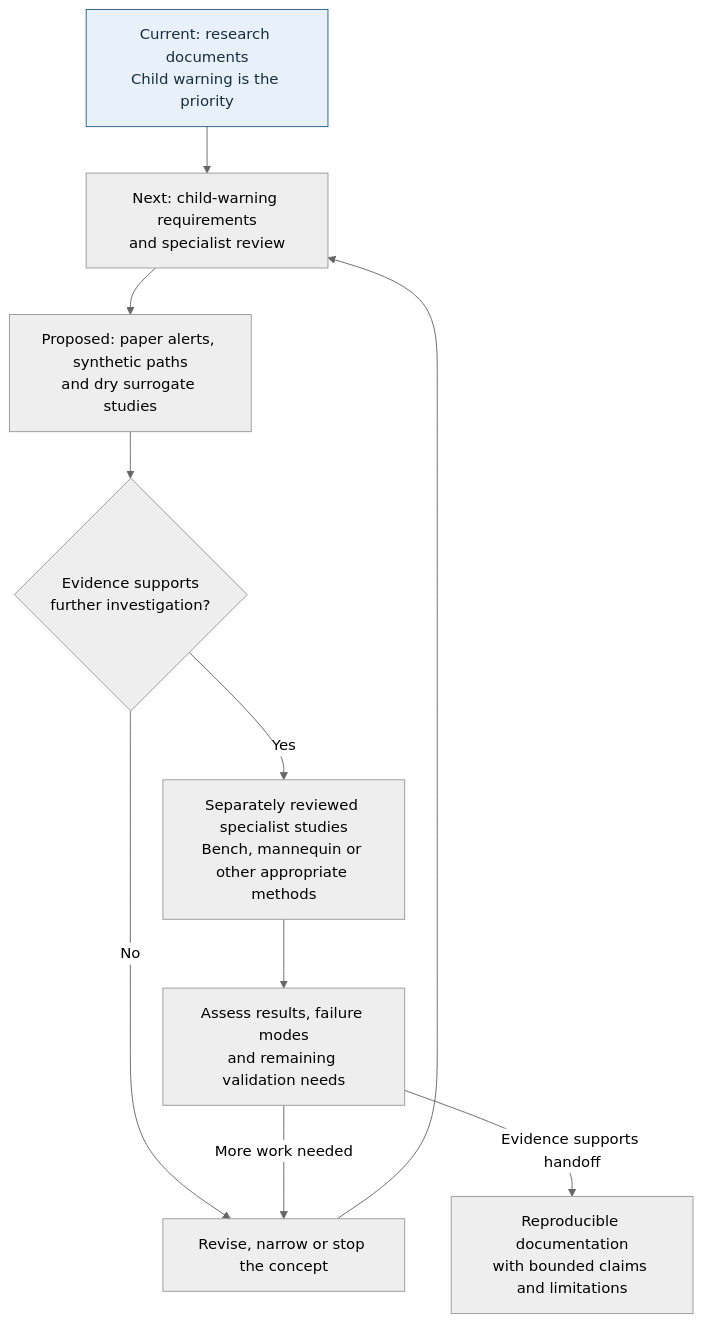
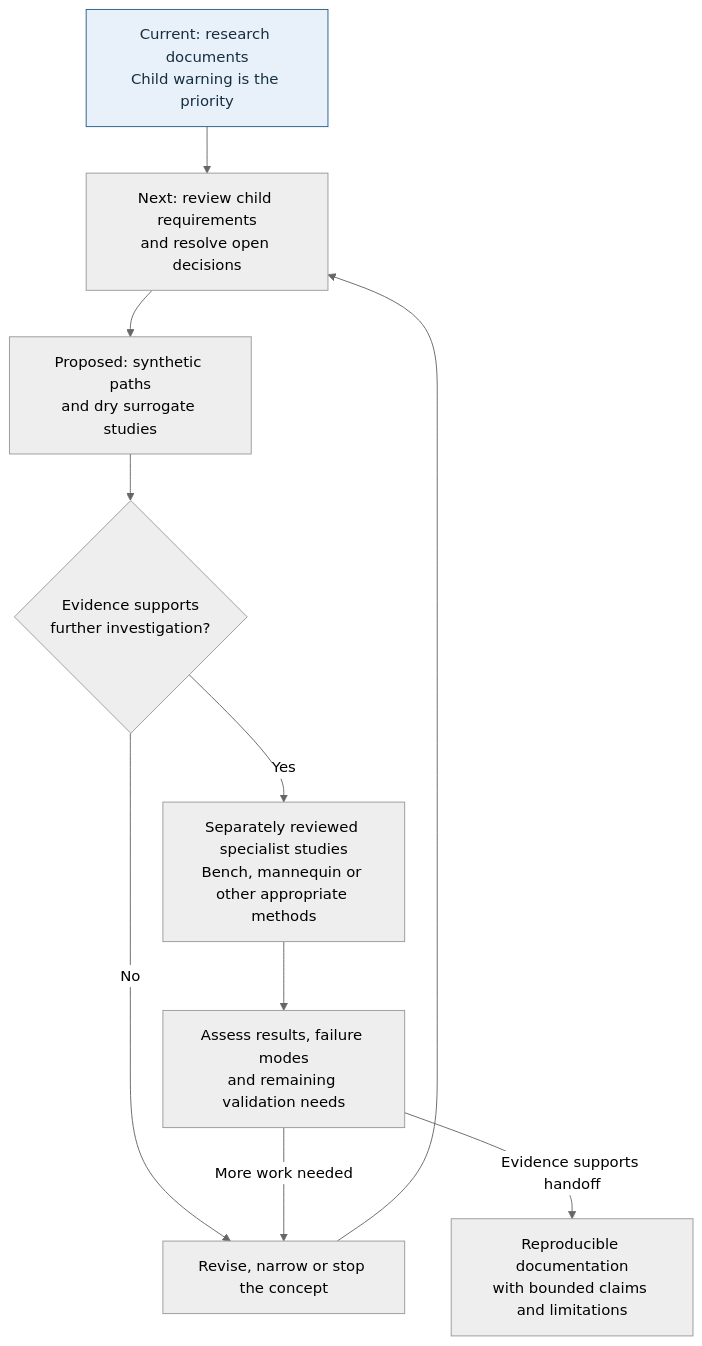
Before and after one commit to eamusai/vest: the second of 2 diagrams in docs/overview.md, drawn with Mermaid (neutral theme). The commit also changed other lines of this file and 12 other files, not shown here.

Commit message:
Develop child warning requirements and caregiver review package

````diff
--- a/docs/overview.md
+++ b/docs/overview.md
@@ -36,15 +36,15 @@
 ```mermaid
 flowchart TD
     C["Current: research documents<br/>Child warning is the priority"]
-    C --> Q["Next: child-warning requirements<br/>and specialist review"]
-    Q --> U["Proposed: paper alerts, synthetic paths<br/>and dry surrogate studies"]
+    C --> Q["Next: review child requirements<br/>and resolve open decisions"]
+    Q --> U["Proposed: synthetic paths<br/>and dry surrogate studies"]
     U --> G{"Evidence supports<br/>further investigation?"}
     G -->|No| R["Revise, narrow or stop the concept"]
     R --> Q
     G -->|Yes| B["Separately reviewed specialist studies<br/>Bench, mannequin or other appropriate methods"]
     B --> E["Assess results, failure modes<br/>and remaining validation needs"]
     E -->|More work needed| R
     E -->|Evidence supports handoff| P["Reproducible documentation<br/>with bounded claims and limitations"]
     classDef current fill:#e8f1fa,stroke:#285d85,color:#172e40;
     class C current;
 ```
````
